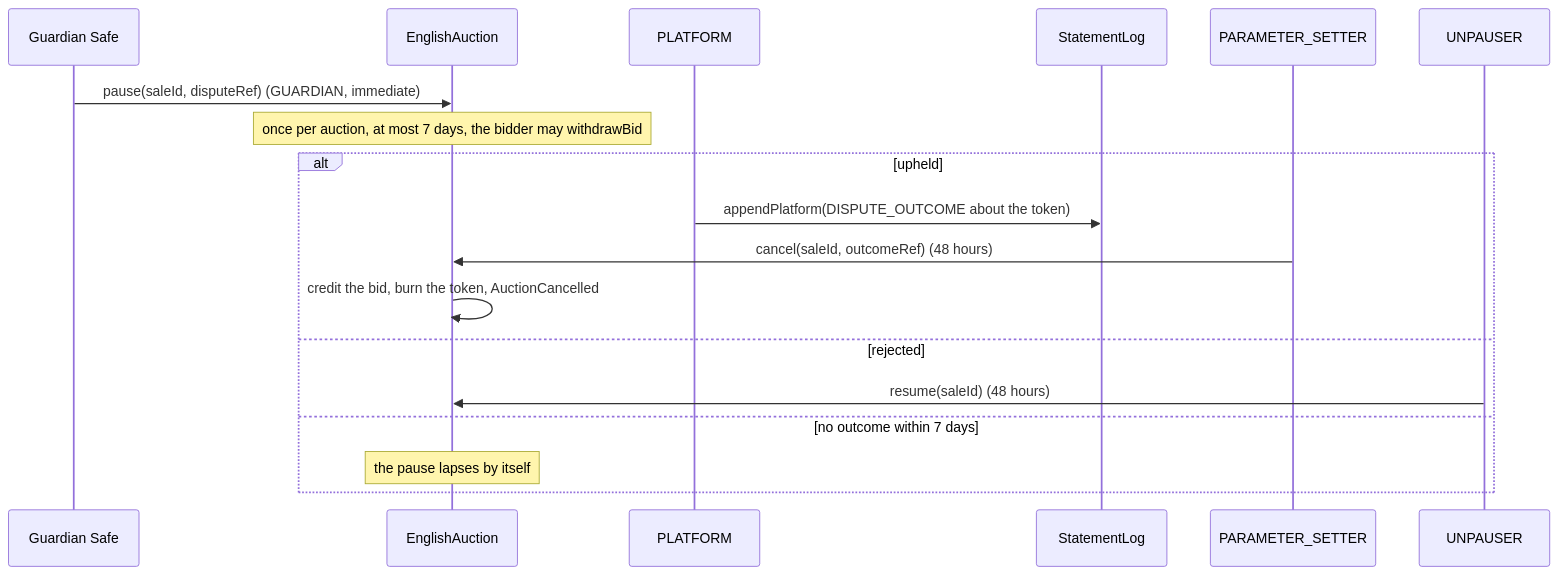
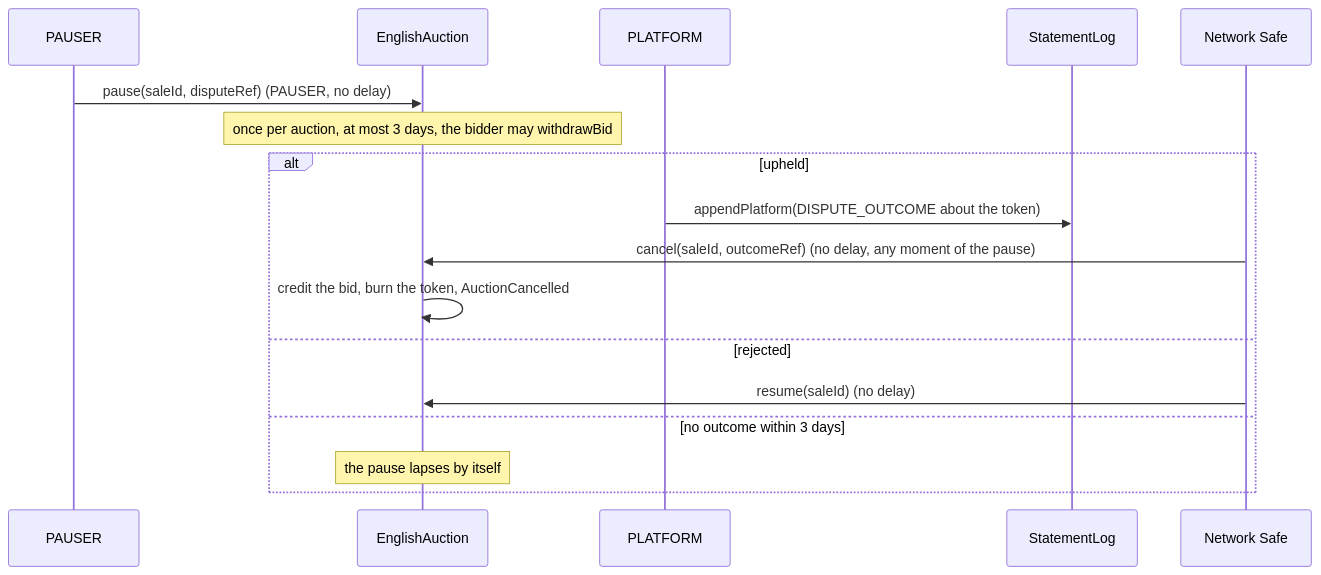
Before and after one commit to 6529-Collections/6529-works: the tenth of 13 diagrams in docs/spec/stream-and-auctions.md, drawn with Mermaid. The commit also changed other lines of this file and 352 other files, not shown here.

````diff
--- a/docs/spec/stream-and-auctions.md
+++ b/docs/spec/stream-and-auctions.md
@@ -775,20 +772,19 @@
 ```mermaid
 sequenceDiagram
-    participant Guardian as Guardian Safe
+    participant Pauser as PAUSER
     participant Auction as EnglishAuction
     participant Platform as PLATFORM
     participant Log as StatementLog
-    participant Setter as PARAMETER_SETTER
-    participant Unpauser as UNPAUSER
-    Guardian->>Auction: pause(saleId, disputeRef) (GUARDIAN, immediate)
-    Note over Auction: once per auction, at most 7 days, the bidder may withdrawBid
+    participant Network as Network Safe
+    Pauser->>Auction: pause(saleId, disputeRef) (PAUSER, no delay)
+    Note over Auction: once per auction, at most 3 days, the bidder may withdrawBid
     alt upheld
         Platform->>Log: appendPlatform(DISPUTE_OUTCOME about the token)
-        Setter->>Auction: cancel(saleId, outcomeRef) (48 hours)
+        Network->>Auction: cancel(saleId, outcomeRef) (no delay, any moment of the pause)
         Auction->>Auction: credit the bid, burn the token, AuctionCancelled
     else rejected
-        Unpauser->>Auction: resume(saleId) (48 hours)
-    else no outcome within 7 days
+        Network->>Auction: resume(saleId) (no delay)
+    else no outcome within 3 days
         Note over Auction: the pause lapses by itself
     end
 ```
````
